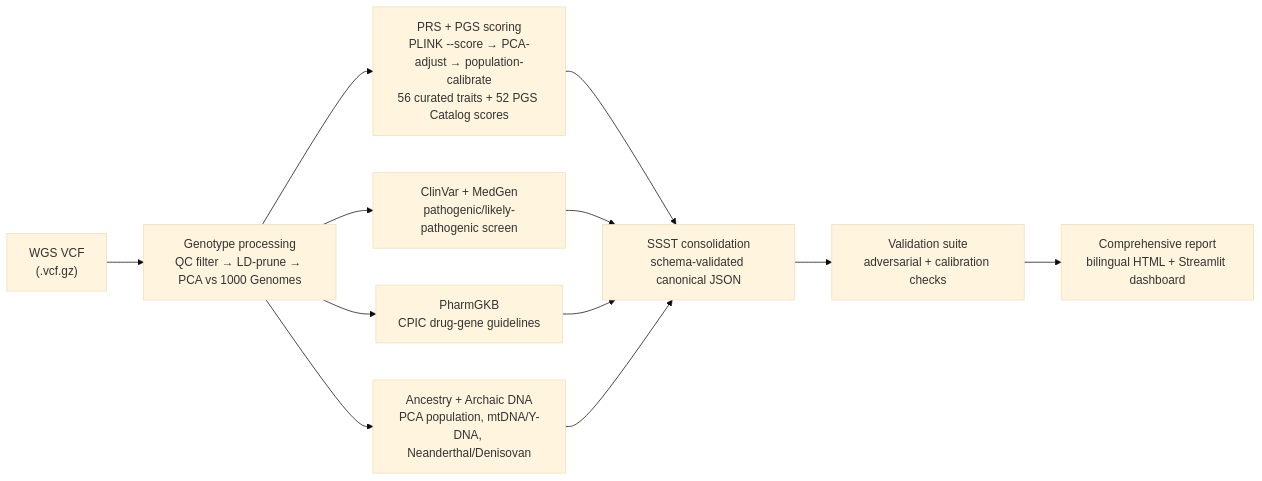
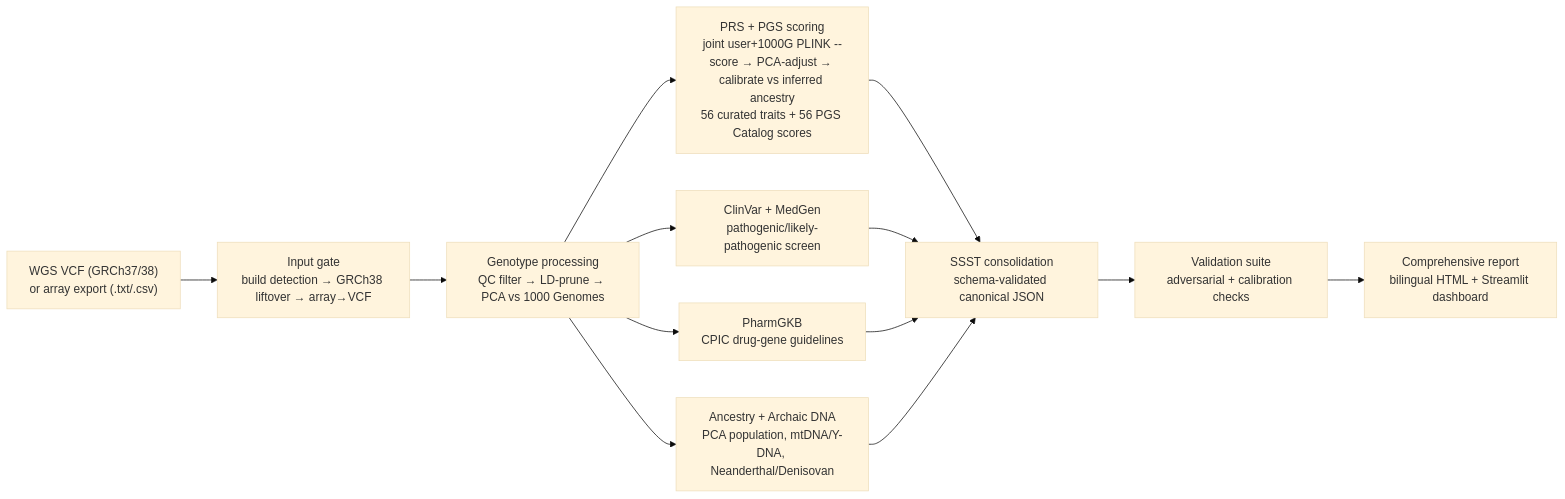
One commit to danielperez9430/BlueGen changed the diagram in README.md. Above: the diagram before and after it, drawn with Mermaid (base theme). The commit also changed other lines of this file and 2 other files, not shown here.

Commit message:
docs: sync USAGE, README and pipeline README with 3.0
USAGE: run examples for GRCh38 / --build / --raw / --compare, stage table
with the input gate, single-sample QC rule, joint scoring and per-run
calibration, output contract (prs_reference_raw.csv, reference_distributions/,
input_build.json, logs/, comparison report), PRS interpretation no longer
'vs EUR'. README: architecture diagram gains the input gate and joint
scoring, requirements mention the liftOver chains. Pipeline README: stage
diagram and methods, key outputs, measured v3.0 timings (Stage D 7-53 min,
PGS calibration 37-55 min, 78-87 min total with Stage C cached),
dependencies (PLINK is not bundled; pip install -e .).

````diff
--- a/README.md
+++ b/README.md
@@ -54,26 +54,28 @@
 ```mermaid
 flowchart LR
-    VCF["WGS VCF<br/>(.vcf.gz)"]
+    VCF["WGS VCF (GRCh37/38)<br/>or array export (.txt/.csv)"]
+    GATE["Input gate<br/>build detection → GRCh38 liftover → array→VCF"]
     QC["Genotype processing<br/>QC filter → LD-prune → PCA vs 1000 Genomes"]
 
-    PRS["PRS + PGS scoring<br/>PLINK --score → PCA-adjust → population-calibrate<br/>56 curated traits + 52 PGS Catalog scores"]
+    PRS["PRS + PGS scoring<br/>joint user+1000G PLINK --score → PCA-adjust → calibrate vs inferred ancestry<br/>56 curated traits + 56 PGS Catalog scores"]
     CLIN["ClinVar + MedGen<br/>pathogenic/likely-pathogenic screen"]
     PHARM["PharmGKB<br/>CPIC drug-gene guidelines"]
     ANC["Ancestry + Archaic DNA<br/>PCA population, mtDNA/Y-DNA, Neanderthal/Denisovan"]
 
     SSST["SSST consolidation<br/>schema-validated canonical JSON"]
     VALID["Validation suite<br/>adversarial + calibration checks"]
     REPORT["Comprehensive report<br/>bilingual HTML + Streamlit dashboard"]
 
-    VCF --> QC
+    VCF --> GATE
+    GATE --> QC
     QC --> PRS
     QC --> CLIN
     QC --> PHARM
     QC --> ANC
     PRS --> SSST
     CLIN --> SSST
     PHARM --> SSST
     ANC --> SSST
     SSST --> VALID
     VALID --> REPORT
 ```
````
